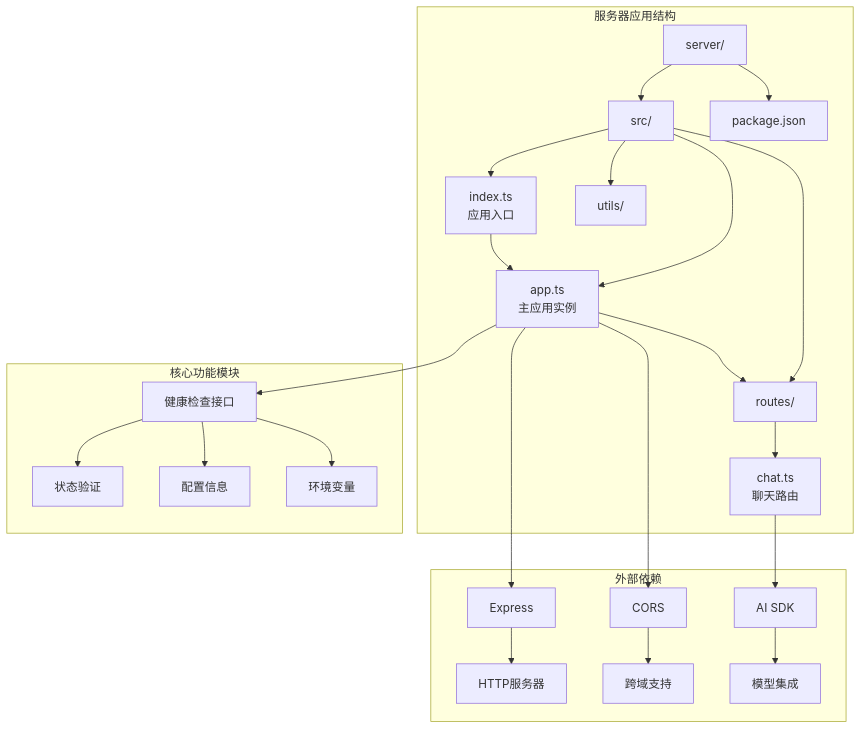
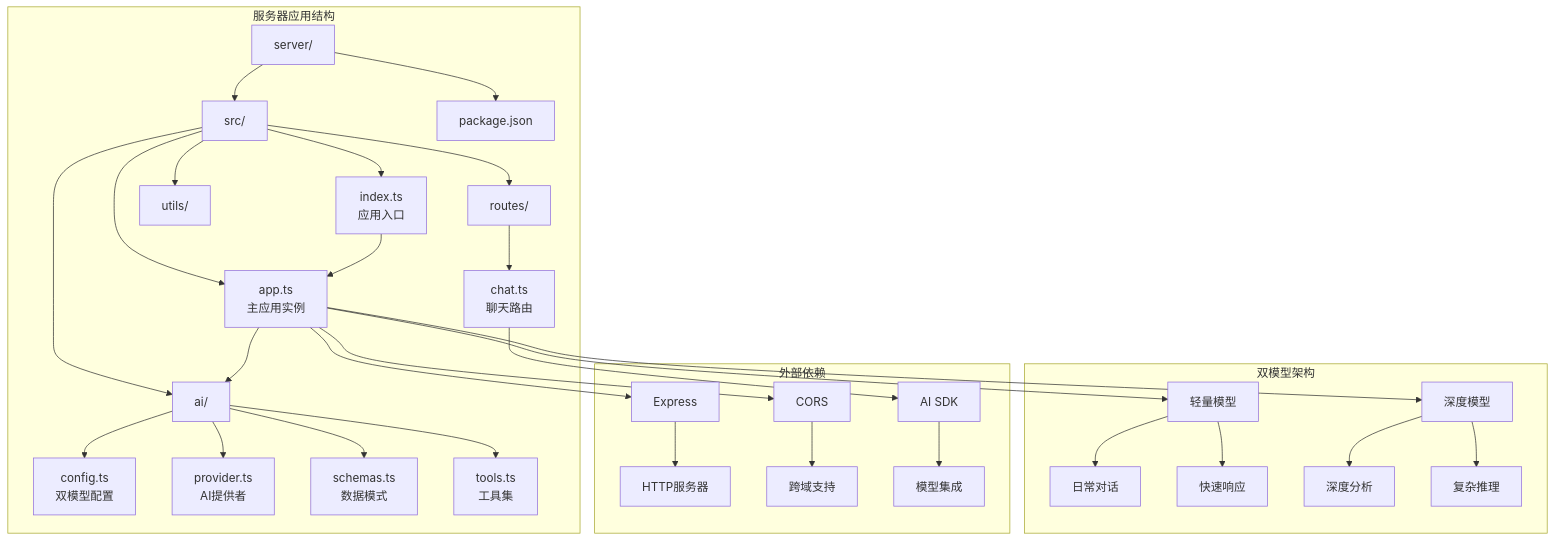
Before and after one commit to aHin0805/FH6CarSettingAgent: the first of 8 diagrams in .qoder/repowiki/zh/content/API参考文档/健康检查接口.md, drawn with Mermaid. The commit also changed other lines of this file and 59 other files, not shown here.

````diff
--- a/.qoder/repowiki/zh/content/API参考文档/健康检查接口.md
+++ b/.qoder/repowiki/zh/content/API参考文档/健康检查接口.md
@@ -32,28 +41,35 @@
 ```mermaid
 graph TB
 subgraph "服务器应用结构"
 A[server/] --> B[src/]
 A --> C[package.json]
 B --> D[index.ts<br/>应用入口]
 B --> E[app.ts<br/>主应用实例]
-B --> F[routes/]
-B --> G[utils/]
-F --> H[chat.ts<br/>聊天路由]
+B --> F[ai/]
+B --> G[routes/]
+B --> H[utils/]
+F --> I[config.ts<br/>双模型配置]
+F --> J[provider.ts<br/>AI提供者]
+F --> K[schemas.ts<br/>数据模式]
+F --> L[tools.ts<br/>工具集]
+G --> M[chat.ts<br/>聊天路由]
 end
-subgraph "核心功能模块"
-I[健康检查接口] --> J[状态验证]
-I --> K[配置信息]
-I --> L[环境变量]
+subgraph "双模型架构"
+N[轻量模型] --> O[日常对话]
+N --> P[快速响应]
+Q[深度模型] --> R[深度分析]
+Q --> S[复杂推理]
 end
 subgraph "外部依赖"
-M[Express] --> N[HTTP服务器]
-O[CORS] --> P[跨域支持]
-Q[AI SDK] --> R[模型集成]
+T[Express] --> U[HTTP服务器]
+V[CORS] --> W[跨域支持]
+X[AI SDK] --> Y[模型集成]
 end
 D --> E
 E --> F
-E --> I
-E --> M
-E --> O
-H --> Q
+E --> N
+E --> Q
+E --> T
+E --> V
+M --> X
 ```
````
